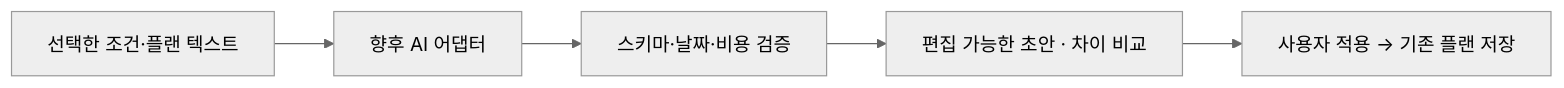
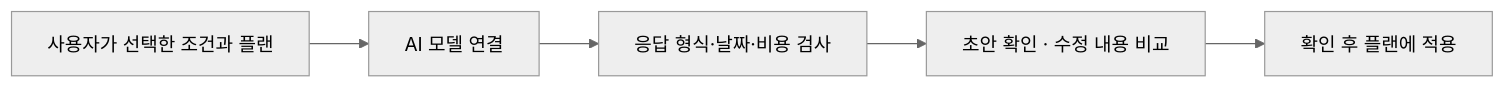
Before and after one commit to jhpark-jarvis/we2day: the second of 2 diagrams in README.md, drawn with Mermaid (neutral theme). The commit also changed other lines of this file and 6 other files, not shown here.

````diff
--- a/README.md
+++ b/README.md
@@ -178,7 +169,7 @@
 ```mermaid
 flowchart LR
-  Input["선택한 조건·플랜 텍스트"] --> Model["향후 AI 어댑터"]
-  Model --> Check["스키마·날짜·비용 검증"]
-  Check --> Preview["편집 가능한 초안 · 차이 비교"]
-  Preview --> Apply["사용자 적용 → 기존 플랜 저장"]
+  Input["사용자가 선택한 조건과 플랜"] --> Model["AI 모델 연결"]
+  Model --> Check["응답 형식·날짜·비용 검사"]
+  Check --> Preview["초안 확인 · 수정 내용 비교"]
+  Preview --> Apply["확인 후 플랜에 적용"]
 ```
````
